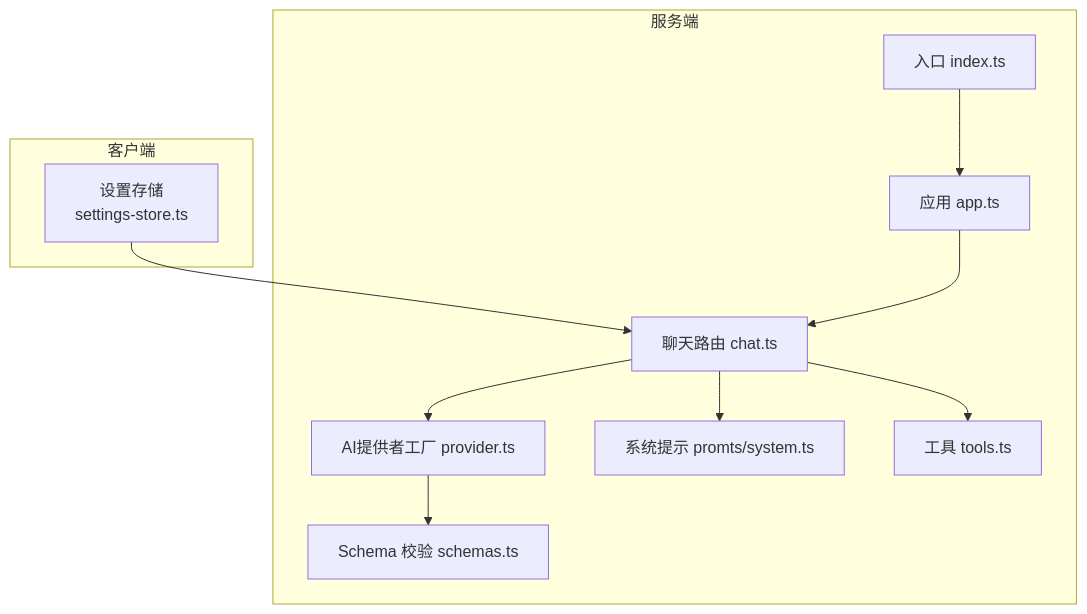
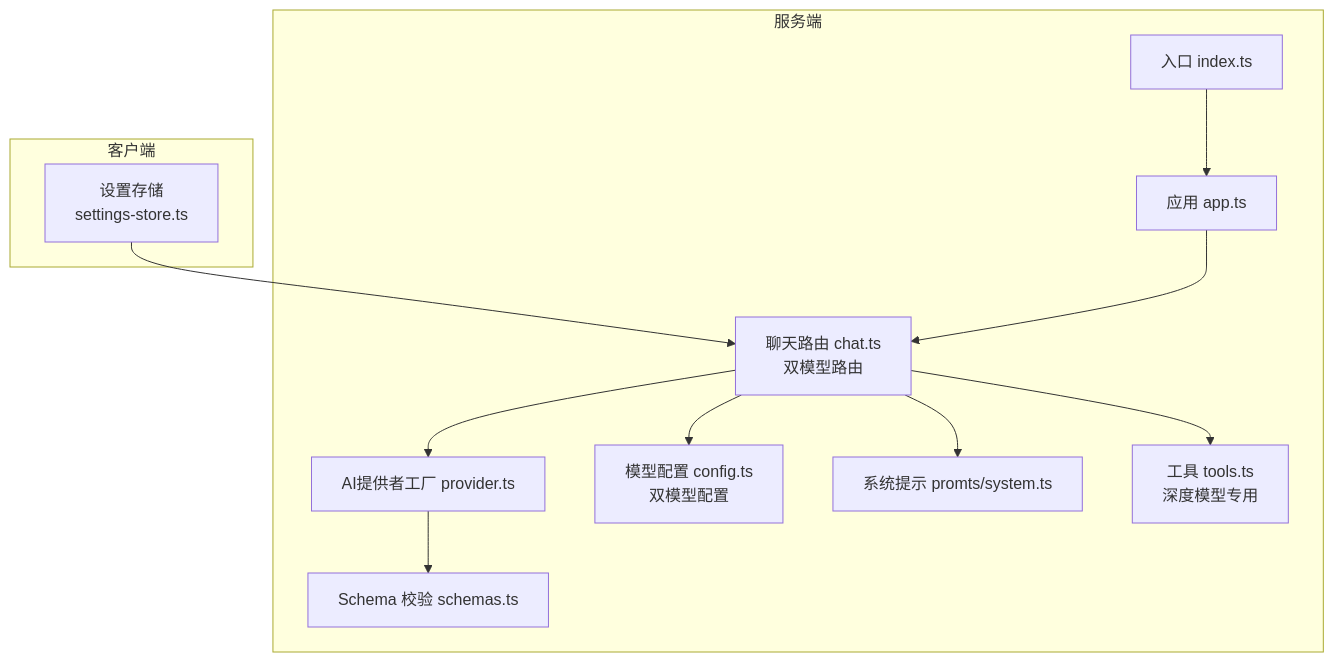
One commit to aHin0805/FH6CarSettingAgent changed the second of 8 diagrams in .qoder/repowiki/zh/content/AI集成模块/AI提供商配置.md. Above: the diagram before and after it, drawn with Mermaid. The commit also changed other lines of this file and 59 other files, not shown here.

````diff
--- a/.qoder/repowiki/zh/content/AI集成模块/AI提供商配置.md
+++ b/.qoder/repowiki/zh/content/AI集成模块/AI提供商配置.md
@@ -40,22 +82,24 @@
 ```mermaid
 graph TB
 subgraph "客户端"
 FE_Settings["设置存储<br/>settings-store.ts"]
 end
 subgraph "服务端"
 S_Index["入口 index.ts"]
 S_App["应用 app.ts"]
-S_Routes_Chat["聊天路由 chat.ts"]
+S_Routes_Chat["聊天路由 chat.ts<br/>双模型路由"]
 S_AI_Provider["AI提供者工厂 provider.ts"]
+S_AI_Config["模型配置 config.ts<br/>双模型配置"]
 S_AI_Prompts["系统提示 promts/system.ts"]
-S_AI_Tools["工具 tools.ts"]
+S_AI_Tools["工具 tools.ts<br/>深度模型专用"]
 S_AI_Schemas["Schema 校验 schemas.ts"]
 end
 FE_Settings --> S_Routes_Chat
 S_Index --> S_App
 S_App --> S_Routes_Chat
 S_Routes_Chat --> S_AI_Provider
+S_Routes_Chat --> S_AI_Config
 S_Routes_Chat --> S_AI_Prompts
 S_Routes_Chat --> S_AI_Tools
 S_AI_Provider --> S_AI_Schemas
 ```
````
